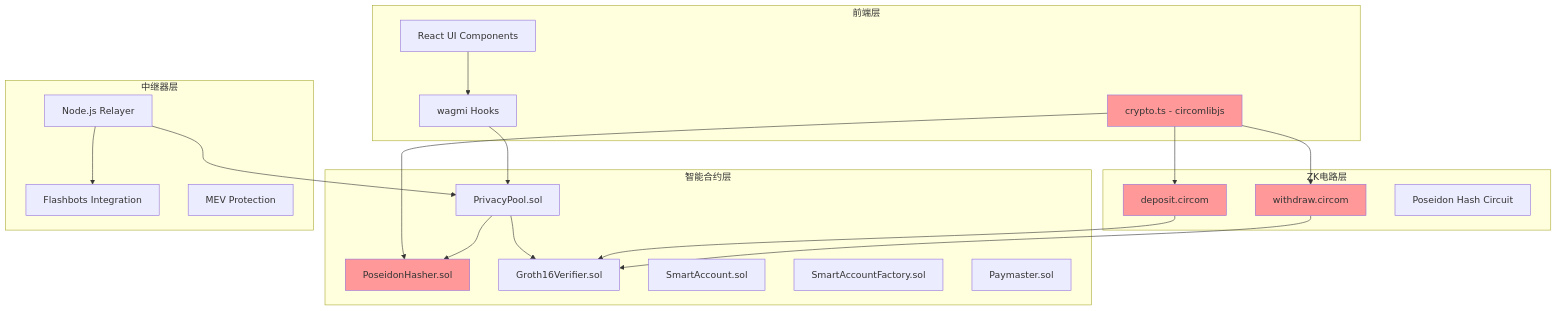
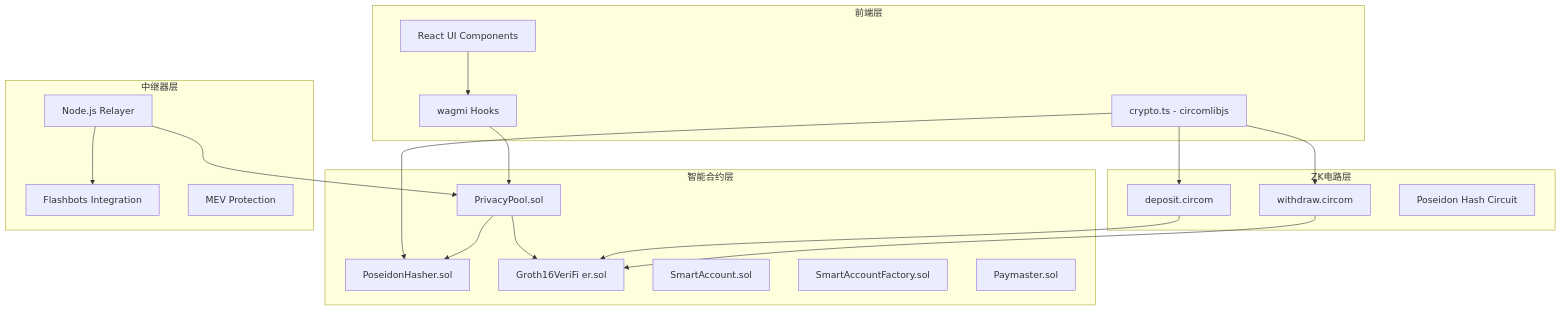
One commit to Wenbobobo/WhisperFi changed the first of 4 diagrams in README.md. Above: the diagram before and after it, drawn with Mermaid. The commit also changed other lines of this file, not shown here.

````diff
--- a/README.md
+++ b/README.md
@@ -7,46 +8,46 @@
 ```mermaid
 graph TB
     subgraph "前端层"
         A[React UI Components]
         B[crypto.ts - circomlibjs]
         C[wagmi Hooks]
     end
-    
+  
     subgraph "智能合约层"
         D[PrivacyPool.sol]
         E[PoseidonHasher.sol]
-        F[Groth16Verifier.sol]
+        F[Groth16VeriFi er.sol]
         G[SmartAccount.sol]
         H[SmartAccountFactory.sol]
         I[Paymaster.sol]
     end
-    
+  
     subgraph "ZK电路层"
         J[deposit.circom]
         K[withdraw.circom]
         L[Poseidon Hash Circuit]
     end
-    
+  
     subgraph "中继器层"
         M[Node.js Relayer]
         N[Flashbots Integration]
         O[MEV Protection]
     end
-    
+  
     A --> C
     B --> E
     C --> D
     D --> E
     D --> F
     B --> J
     B --> K
     J --> F
     K --> F
     M --> D
     M --> N
-    
-    style E fill:#ff9999
-    style B fill:#ff9999
-    style J fill:#ff9999
-    style K fill:#ff9999
+  
+    style E Fi ll:#ff9999
+    style B Fi ll:#ff9999
+    style J Fi ll:#ff9999
+    style K Fi ll:#ff9999
 ```
````
